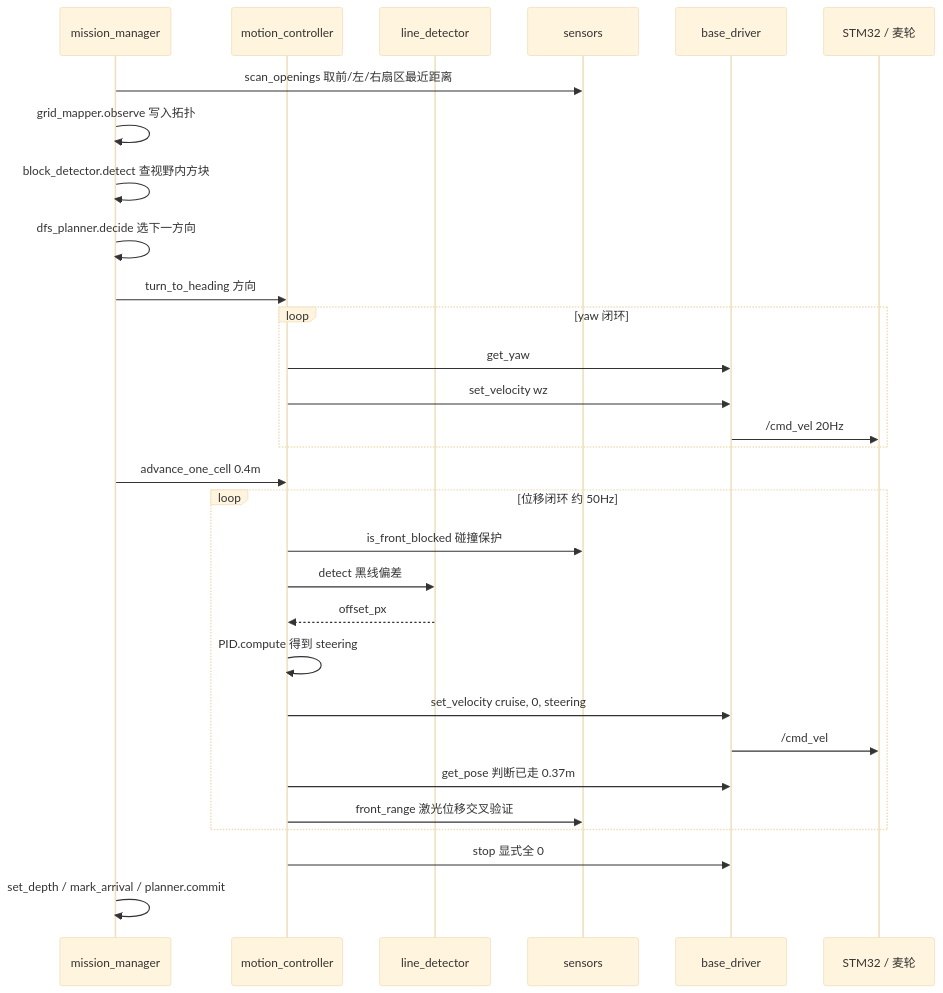
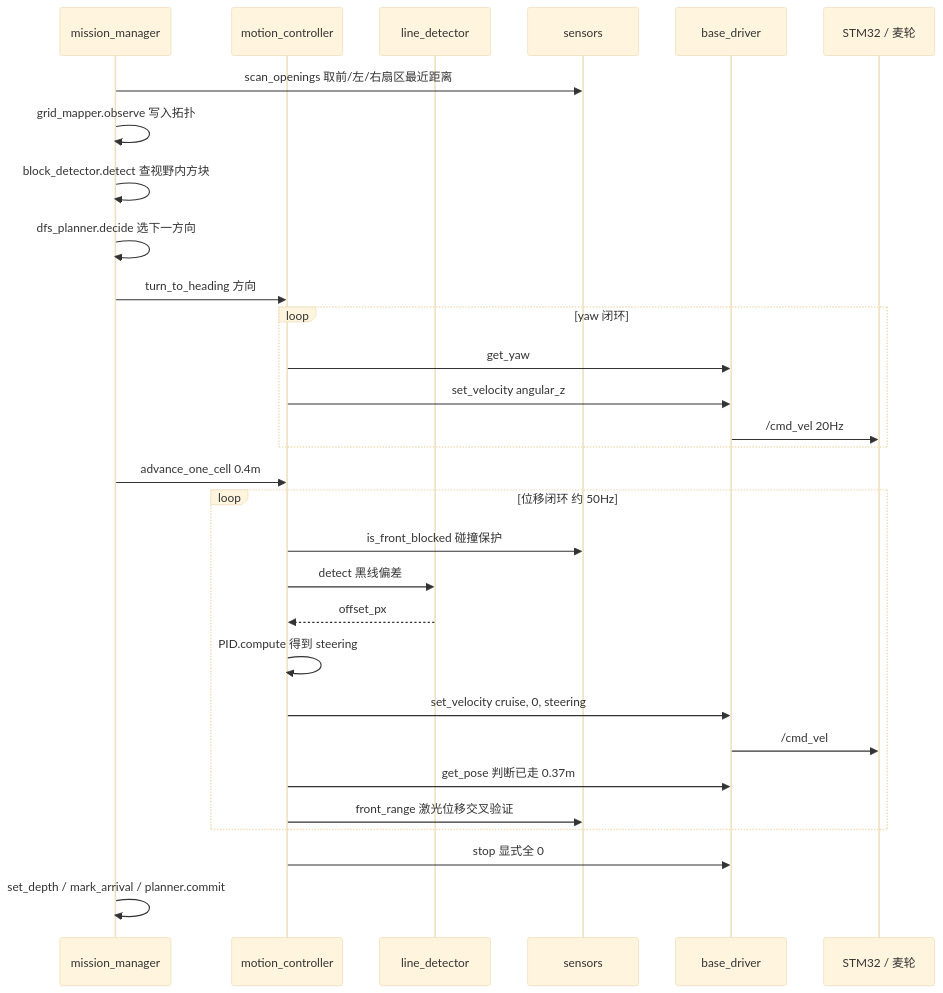
Before and after one commit to NaiDou1/M3pro_Maze: the third of 5 diagrams in M3Pro_Maze/ARCHITECTURE.md, drawn with Mermaid (base theme). The commit also changed other lines of this file, not shown here.

Commit message:
docs(architecture): 全文行号与逐文件行数回写至 rebuild

````diff
--- a/M3Pro_Maze/ARCHITECTURE.md
+++ b/M3Pro_Maze/ARCHITECTURE.md
@@ -115,33 +115,33 @@
 ```mermaid
 sequenceDiagram
     participant MM as mission_manager
     participant MC as motion_controller
     participant LD as line_detector
     participant SN as sensors
     participant BD as base_driver
     participant HW as STM32 / 麦轮
 
     MM->>SN: scan_openings 取前/左/右扇区最近距离
     MM->>MM: grid_mapper.observe 写入拓扑
     MM->>MM: block_detector.detect 查视野内方块
     MM->>MM: dfs_planner.decide 选下一方向
     MM->>MC: turn_to_heading 方向
     loop yaw 闭环
         MC->>BD: get_yaw
-        MC->>BD: set_velocity wz
+        MC->>BD: set_velocity angular_z
         BD->>HW: /cmd_vel 20Hz
     end
     MM->>MC: advance_one_cell 0.4m
     loop 位移闭环 约 50Hz
         MC->>SN: is_front_blocked 碰撞保护
         MC->>LD: detect 黑线偏差
         LD-->>MC: offset_px
         MC->>MC: PID.compute 得到 steering
         MC->>BD: set_velocity cruise, 0, steering
         BD->>HW: /cmd_vel
         MC->>BD: get_pose 判断已走 0.37m
         MC->>SN: front_range 激光位移交叉验证
     end
     MC->>BD: stop 显式全 0
     MM->>MM: set_depth / mark_arrival / planner.commit
 ```
````
